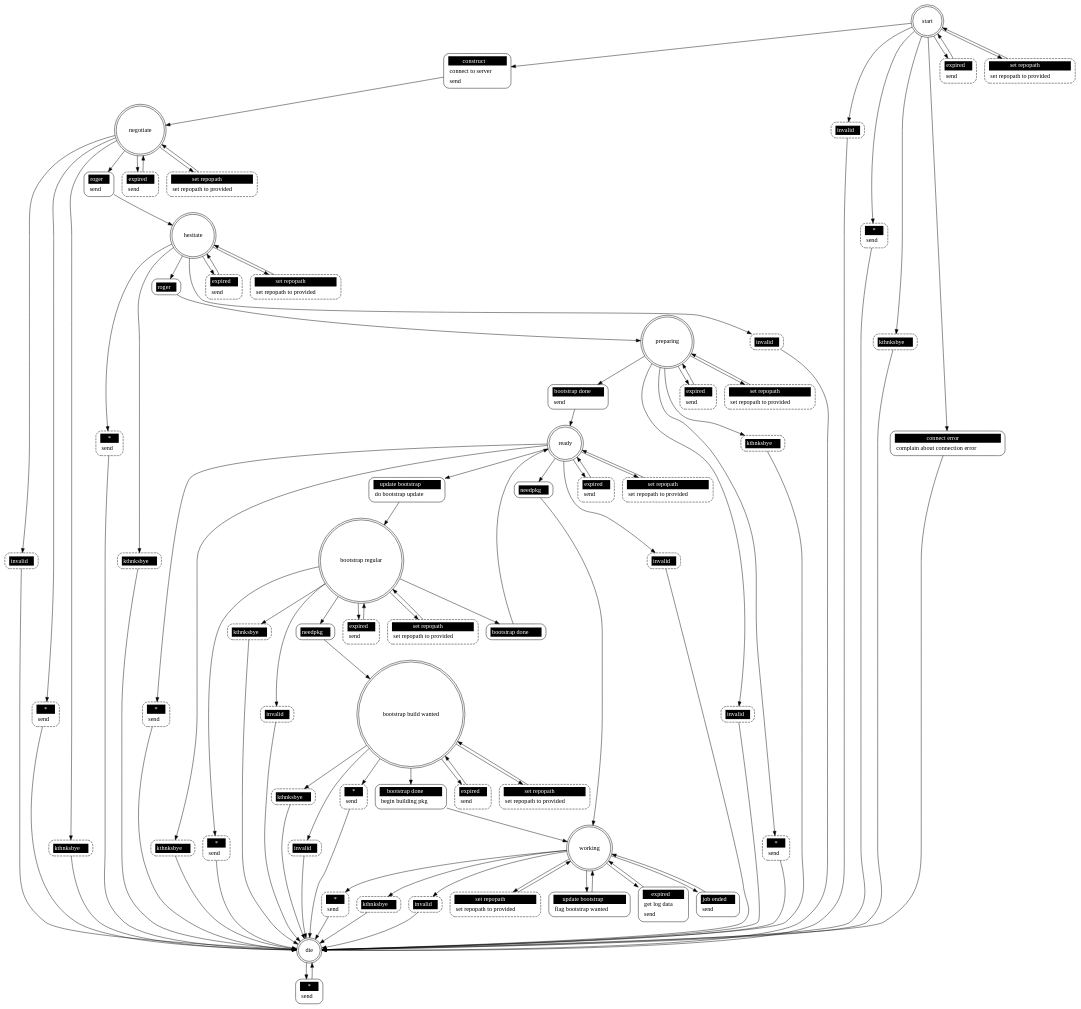
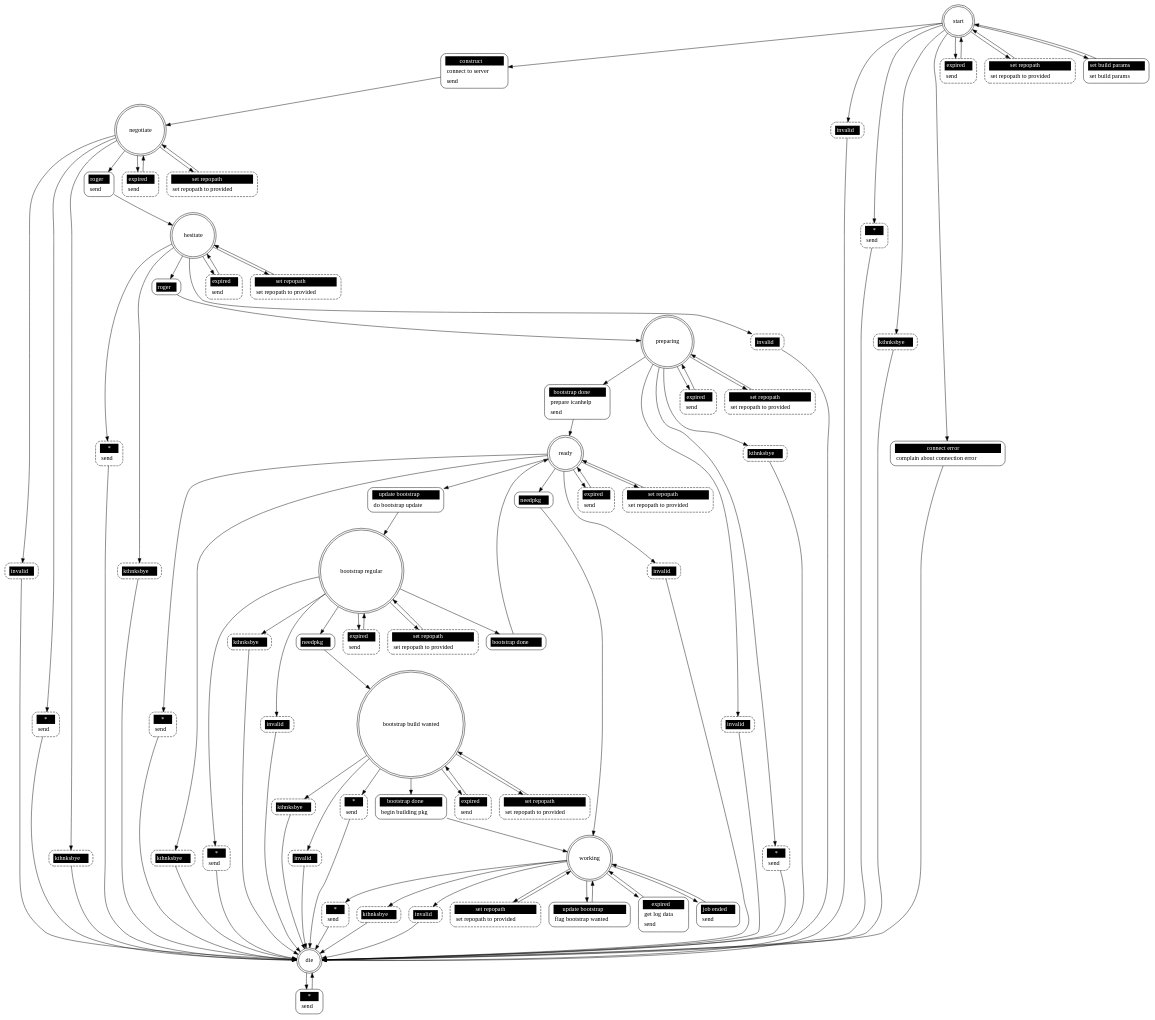
Before and after one commit to Vaelatern/dxpb: the diagram in src/pkggraph_worker.dot, drawn with Graphviz. The commit also changed 8 other files, not shown here.

```diff
--- a/src/pkggraph_worker.dot
+++ b/src/pkggraph_worker.dot
@@ -17,6 +17,9 @@
  "start set repopath" [shape = "Mrecord" style = dashed label = <<table border="0" cellborder="0" cellpadding="3" bgcolor="white"><tr><td bgcolor="black" align="center" colspan="2"><font color="white">set repopath</font></td></tr><tr><td align="left" port="r3">set repopath to provided</td></tr></table>>];
  "start" -> "start set repopath";
  "start set repopath" -> "start";
+ "start set build params" [shape = "Mrecord" style = solid label = <<table border="0" cellborder="0" cellpadding="3" bgcolor="white"><tr><td bgcolor="black" align="center" colspan="2"><font color="white">set build params</font></td></tr><tr><td align="left" port="r3">set build params</td></tr></table>>];
+ "start" -> "start set build params";
+ "start set build params" -> "start";
  "start construct" [shape = "Mrecord" style = solid label = <<table border="0" cellborder="0" cellpadding="3" bgcolor="white"><tr><td bgcolor="black" align="center" colspan="2"><font color="white">construct</font></td></tr><tr><td align="left" port="r3">connect to server</td></tr><tr><td align="left" port="r3">send</td></tr></table>>];
  "start" -> "start construct";
  "start construct" -> "negotiate";
@@ -80,7 +83,7 @@
  "preparing set repopath" [shape = "Mrecord" style = dashed label = <<table border="0" cellborder="0" cellpadding="3" bgcolor="white"><tr><td bgcolor="black" align="center" colspan="2"><font color="white">set repopath</font></td></tr><tr><td align="left" port="r3">set repopath to provided</td></tr></table>>];
  "preparing" -> "preparing set repopath";
  "preparing set repopath" -> "preparing";
- "preparing bootstrap done" [shape = "Mrecord" style = solid label = <<table border="0" cellborder="0" cellpadding="3" bgcolor="white"><tr><td bgcolor="black" align="center" colspan="2"><font color="white">bootstrap done</font></td></tr><tr><td align="left" port="r3">send</td></tr></table>>];
+ "preparing bootstrap done" [shape = "Mrecord" style = solid label = <<table border="0" cellborder="0" cellpadding="3" bgcolor="white"><tr><td bgcolor="black" align="center" colspan="2"><font color="white">bootstrap done</font></td></tr><tr><td align="left" port="r3">prepare icanhelp</td></tr><tr><td align="left" port="r3">send</td></tr></table>>];
  "preparing" -> "preparing bootstrap done";
  "preparing bootstrap done" -> "ready";
 
```
